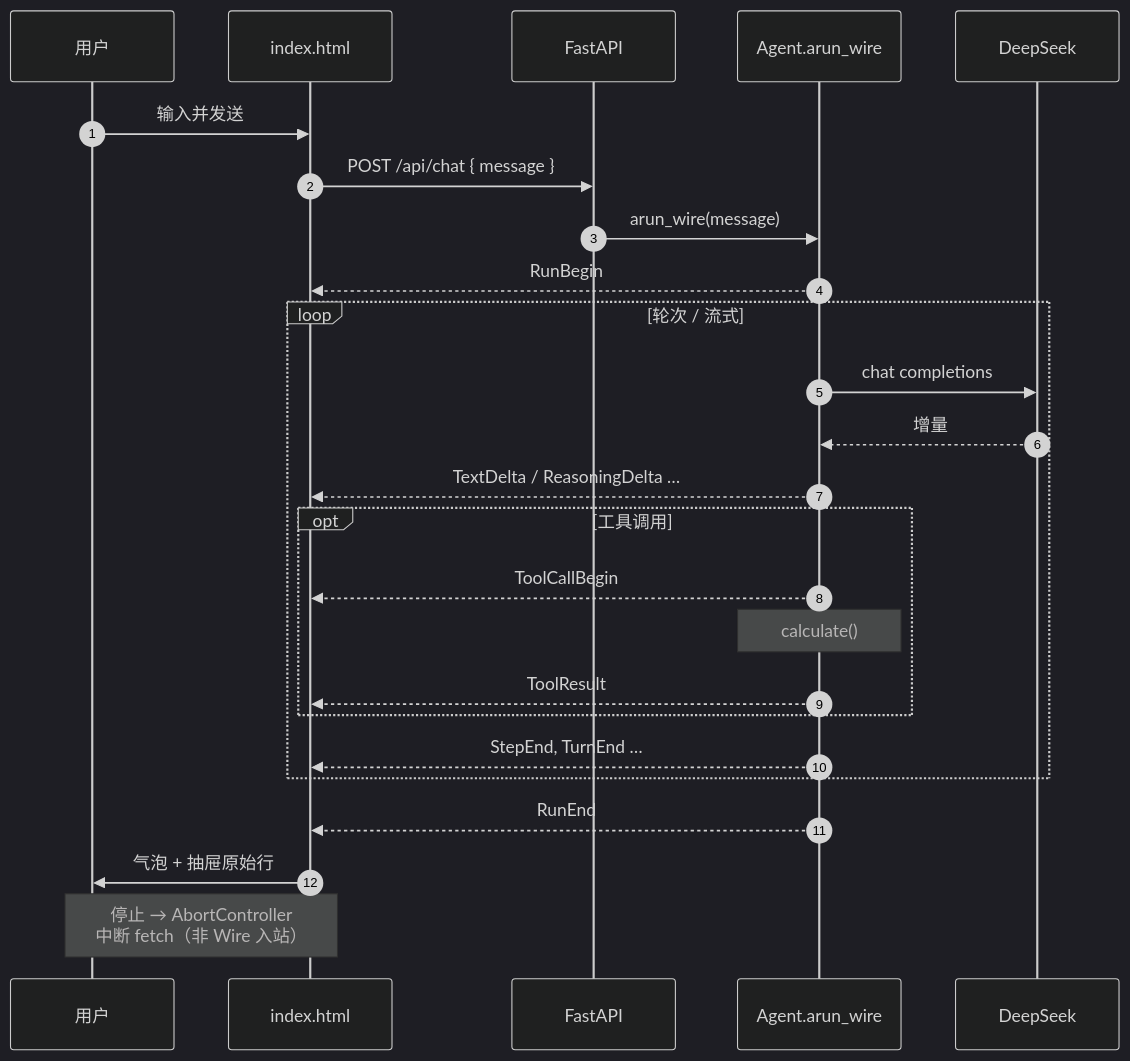
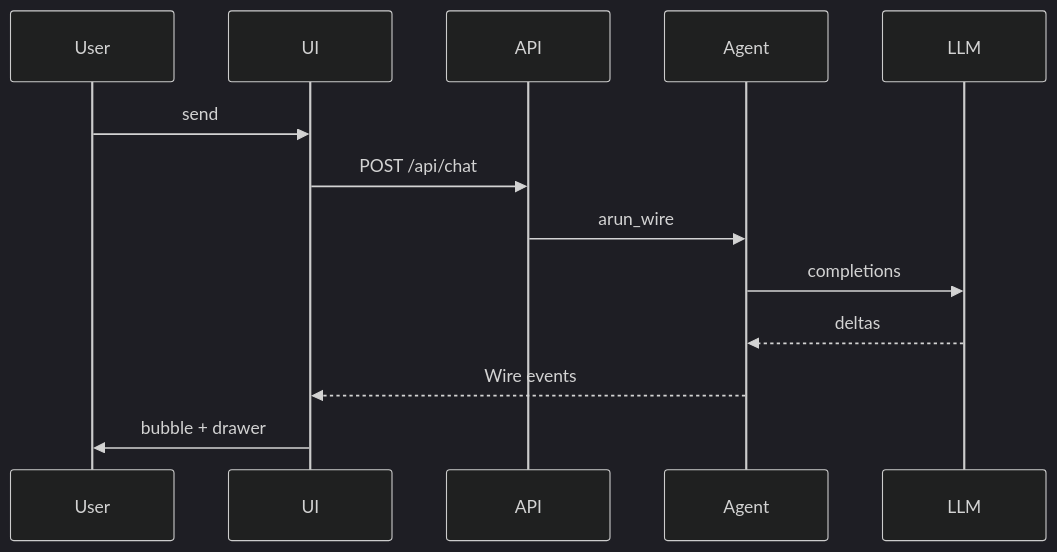
Before and after one commit to Mayerxjchen/ElectroMind: the third of 4 diagrams in docs/zh/wire-demo.md, drawn with Mermaid (dark theme). The commit also changed other lines of this file and 23 other files, not shown here.

First line of the commit message:
docs: add Mermaid diagrams and fix rendering

````diff
--- a/docs/zh/wire-demo.md
+++ b/docs/zh/wire-demo.md
@@ -54,29 +50,16 @@
 ```mermaid
 sequenceDiagram
-  autonumber
-  participant User as 用户
-  participant UI as index.html
-  participant API as FastAPI
-  participant Agent as Agent.arun_wire
-  participant LLM as DeepSeek
+  participant U as User
+  participant UI
+  participant API
+  participant A as Agent
+  participant LLM
 
-  User->>UI: 输入并发送
-  UI->>API: POST /api/chat { message }
-  API->>Agent: arun_wire(message)
-  Agent-->>UI: RunBegin
-  loop 轮次 / 流式
-    Agent->>LLM: chat completions
-    LLM-->>Agent: 增量
-    Agent-->>UI: TextDelta / ReasoningDelta …
-    opt 工具调用
-      Agent-->>UI: ToolCallBegin
-      Note over Agent: calculate()
-      Agent-->>UI: ToolResult
-    end
-    Agent-->>UI: StepEnd, TurnEnd …
-  end
-  Agent-->>UI: RunEnd
-  UI->>User: 气泡 + 抽屉原始行
-
-  Note over User,UI: 停止 → AbortController<br/>中断 fetch（非 Wire 入站）
+  U->>UI: send
+  UI->>API: POST /api/chat
+  API->>A: arun_wire
+  A->>LLM: completions
+  LLM-->>A: deltas
+  A-->>UI: Wire events
+  UI->>U: bubble + drawer
 ```
````
